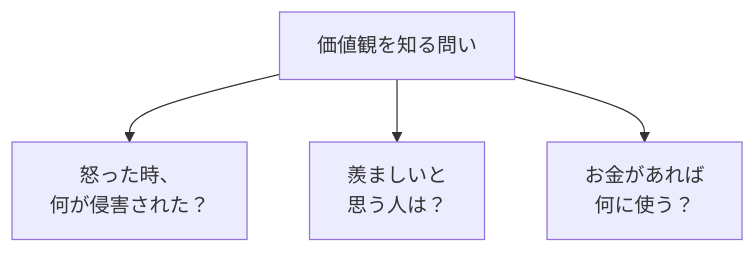
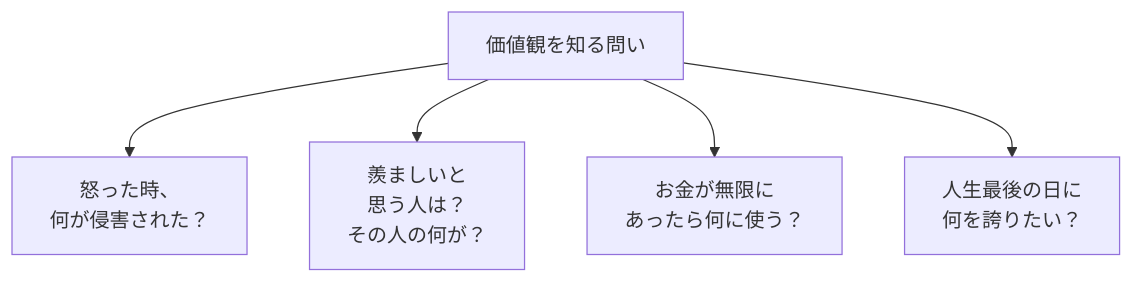
The second of 2 diagrams in content/blog/302-values-priority-clarity-decisions.md (tndg16-bot/portfolio-site), drawn with Mermaid before and after one commit. The commit also changed other lines of this file and 4 other files, not shown here.

````diff
--- a/content/blog/302-values-priority-clarity-decisions.md
+++ b/content/blog/302-values-priority-clarity-decisions.md
@@ -48,7 +50,8 @@
 ```mermaid
 graph TD
     A[価値観を知る問い]
     A --> B[怒った時、<br/>何が侵害された？]
-    A --> C[羨ましいと<br/>思う人は？]
-    A --> D[お金があれば<br/>何に使う？]
+    A --> C[羨ましいと<br/>思う人は？<br/>その人の何が？]
+    A --> D[お金が無限に<br/>あったら何に使う？]
+    A --> E[人生最後の日に<br/>何を誇りたい？]
 ```
````
